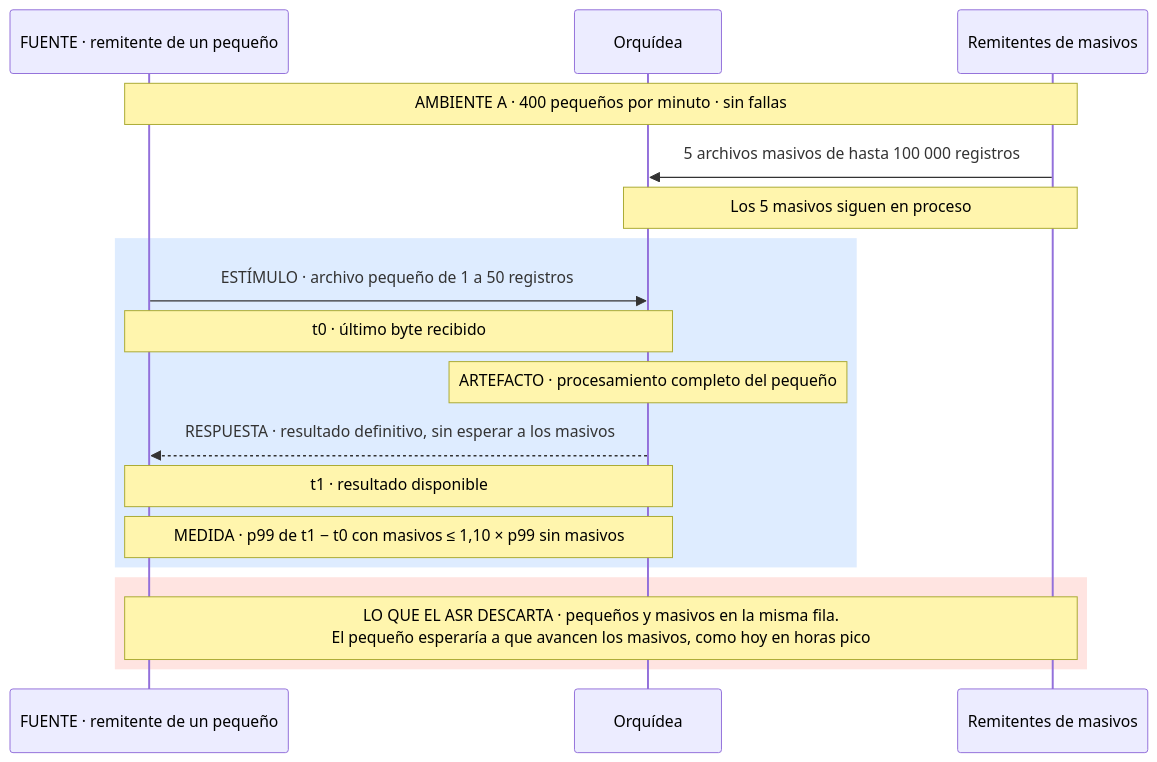
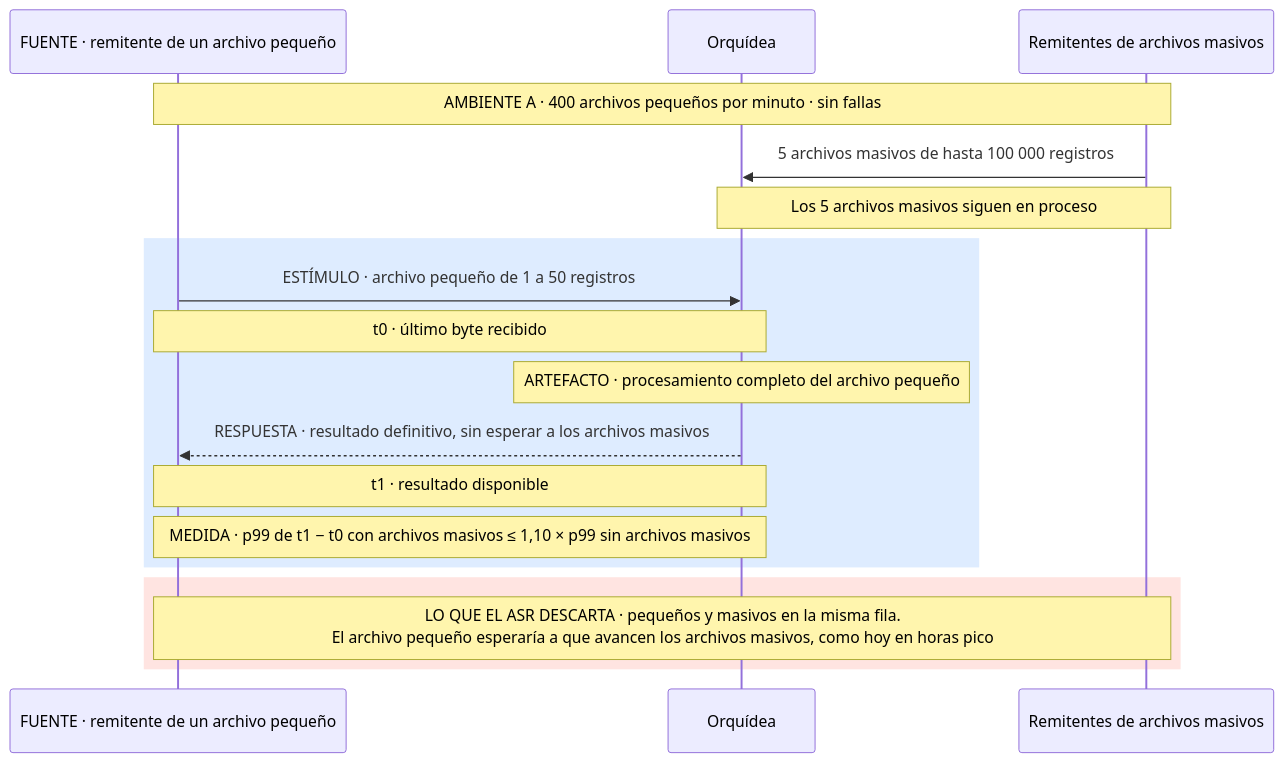
One commit to MATI-MBIT/arqsoft-reto-4 changed the first of 17 diagrams in docs/quality-attributes.md. Above: the diagram before and after it, drawn with Mermaid. The commit also changed other lines of this file, not shown here.

Commit message:
Ajusta la terminología de los ASR al vocabulario de arquitectura

````diff
--- a/docs/quality-attributes.md
+++ b/docs/quality-attributes.md
@@ -150,20 +150,20 @@
 ```mermaid
 sequenceDiagram
-    participant P as FUENTE · remitente de un pequeño
+    participant P as FUENTE · remitente de un archivo pequeño
     participant O as Orquídea
-    participant M as Remitentes de masivos
-    Note over P,M: AMBIENTE A · 400 pequeños por minuto · sin fallas
+    participant M as Remitentes de archivos masivos
+    Note over P,M: AMBIENTE A · 400 archivos pequeños por minuto · sin fallas
     M->>O: 5 archivos masivos de hasta 100 000 registros
-    Note over O,M: Los 5 masivos siguen en proceso
+    Note over O,M: Los 5 archivos masivos siguen en proceso
     rect rgb(222, 236, 255)
     P->>O: ESTÍMULO · archivo pequeño de 1 a 50 registros
     Note over P,O: t0 · último byte recibido
-    Note over O: ARTEFACTO · procesamiento completo del pequeño
-    O-->>P: RESPUESTA · resultado definitivo, sin esperar a los masivos
+    Note over O: ARTEFACTO · procesamiento completo del archivo pequeño
+    O-->>P: RESPUESTA · resultado definitivo, sin esperar a los archivos masivos
     Note over P,O: t1 · resultado disponible
-    Note over P,O: MEDIDA · p99 de t1 − t0 con masivos ≤ 1,10 × p99 sin masivos
+    Note over P,O: MEDIDA · p99 de t1 − t0 con archivos masivos ≤ 1,10 × p99 sin archivos masivos
     end
     rect rgb(255, 228, 225)
-    Note over P,M: LO QUE EL ASR DESCARTA · pequeños y masivos en la misma fila.<br/>El pequeño esperaría a que avancen los masivos, como hoy en horas pico
+    Note over P,M: LO QUE EL ASR DESCARTA · pequeños y masivos en la misma fila.<br/>El archivo pequeño esperaría a que avancen los archivos masivos, como hoy en horas pico
     end
 ```
````
